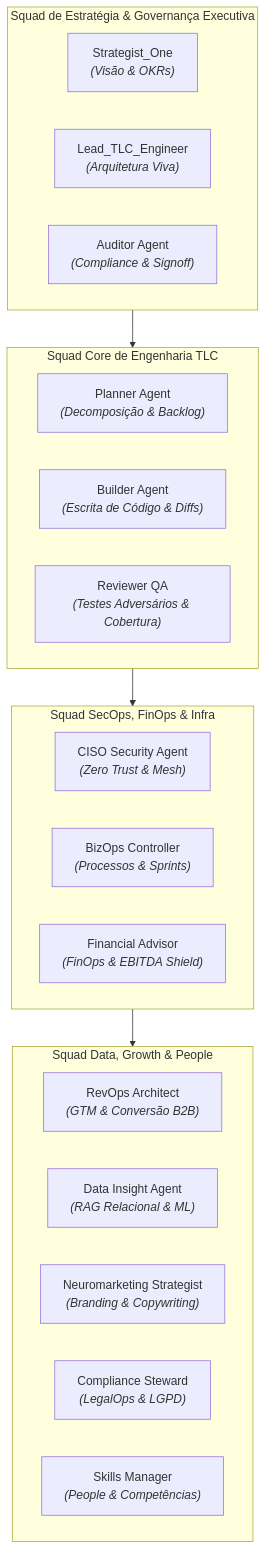
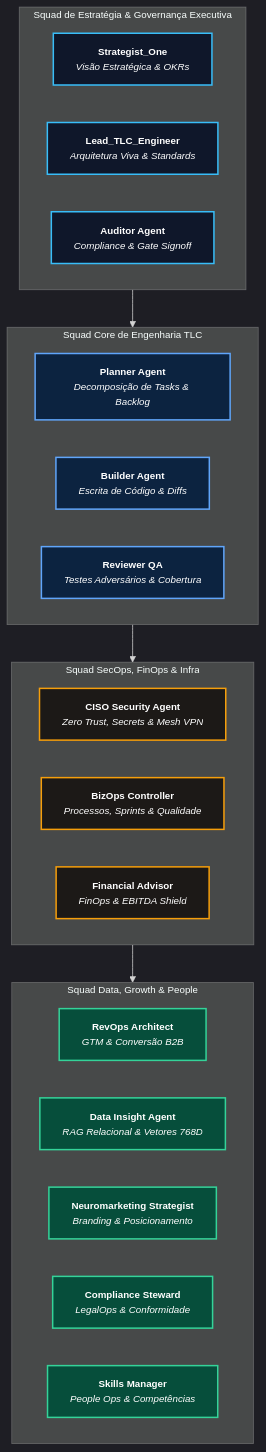
The first of 3 diagrams in projects/Living Architecture PCL AEOS/docs/agents-squads/README.md (EnterDufter/PromptCoreLabs_AEOS), drawn with Mermaid before and after one commit. The commit also changed other lines of this file and 8 other files, not shown here.

Commit message:
style(mermaid): calibrate diagram dimensions, anti-clipping CSS and add cortex mermaid governance

````diff
--- a/projects/Living Architecture PCL AEOS/docs/agents-squads/README.md
+++ b/projects/Living Architecture PCL AEOS/docs/agents-squads/README.md
@@ -15,32 +15,38 @@
 ```mermaid
+%%{init: {'theme': 'dark', 'themeVariables': { 'fontSize': '13px', 'fontFamily': 'Inter, sans-serif' }}}%%
 graph TD
+    classDef strat fill:#0f172a,stroke:#38bdf8,stroke-width:2px,color:#ffffff;
+    classDef core fill:#0c2340,stroke:#60a5fa,stroke-width:2px,color:#ffffff;
+    classDef sec fill:#1c1917,stroke:#f59e0b,stroke-width:2px,color:#ffffff;
+    classDef growth fill:#064e3b,stroke:#34d399,stroke-width:2px,color:#ffffff;
+
     subgraph StratSquad["Squad de Estratégia & Governança Executiva"]
-        S1["Strategist_One<br/><i>(Visão & OKRs)</i>"]
-        LEAD["Lead_TLC_Engineer<br/><i>(Arquitetura Viva)</i>"]
-        AUD["Auditor Agent<br/><i>(Compliance & Signoff)</i>"]
+        S1["<b>Strategist_One</b><br/><i>Visão Estratégica & OKRs</i>"]:::strat
+        LEAD["<b>Lead_TLC_Engineer</b><br/><i>Arquitetura Viva & Standards</i>"]:::strat
+        AUD["<b>Auditor Agent</b><br/><i>Compliance & Gate Signoff</i>"]:::strat
     end
 
     subgraph CoreSquad["Squad Core de Engenharia TLC"]
-        PLN["Planner Agent<br/><i>(Decomposição & Backlog)</i>"]
-        BLD["Builder Agent<br/><i>(Escrita de Código & Diffs)</i>"]
-        QA["Reviewer QA<br/><i>(Testes Adversários & Cobertura)</i>"]
+        PLN["<b>Planner Agent</b><br/><i>Decomposição de Tasks & Backlog</i>"]:::core
+        BLD["<b>Builder Agent</b><br/><i>Escrita de Código & Diffs</i>"]:::core
+        QA["<b>Reviewer QA</b><br/><i>Testes Adversários & Cobertura</i>"]:::core
     end
 
     subgraph SecOpsSquad["Squad SecOps, FinOps & Infra"]
-        CISO["CISO Security Agent<br/><i>(Zero Trust & Mesh)</i>"]
-        BIZ["BizOps Controller<br/><i>(Processos & Sprints)</i>"]
-        FIN["Financial Advisor<br/><i>(FinOps & EBITDA Shield)</i>"]
+        CISO["<b>CISO Security Agent</b><br/><i>Zero Trust, Secrets & Mesh VPN</i>"]:::sec
+        BIZ["<b>BizOps Controller</b><br/><i>Processos, Sprints & Qualidade</i>"]:::sec
+        FIN["<b>Financial Advisor</b><br/><i>FinOps & EBITDA Shield</i>"]:::sec
     end
 
     subgraph GrowthDataSquad["Squad Data, Growth & People"]
-        REV["RevOps Architect<br/><i>(GTM & Conversão B2B)</i>"]
-        DATA["Data Insight Agent<br/><i>(RAG Relacional & ML)</i>"]
-        NEURO["Neuromarketing Strategist<br/><i>(Branding & Copywriting)</i>"]
-        COMP["Compliance Steward<br/><i>(LegalOps & LGPD)</i>"]
-        SKILL["Skills Manager<br/><i>(People & Competências)</i>"]
+        REV["<b>RevOps Architect</b><br/><i>GTM & Conversão B2B</i>"]:::growth
+        DATA["<b>Data Insight Agent</b><br/><i>RAG Relacional & Vetores 768D</i>"]:::growth
+        NEURO["<b>Neuromarketing Strategist</b><br/><i>Branding & Posicionamento</i>"]:::growth
+        COMP["<b>Compliance Steward</b><br/><i>LegalOps & Conformidade</i>"]:::growth
+        SKILL["<b>Skills Manager</b><br/><i>People Ops & Competências</i>"]:::growth
     end
 
     StratSquad --> CoreSquad
     CoreSquad --> SecOpsSquad
     SecOpsSquad --> GrowthDataSquad
 ```
````
